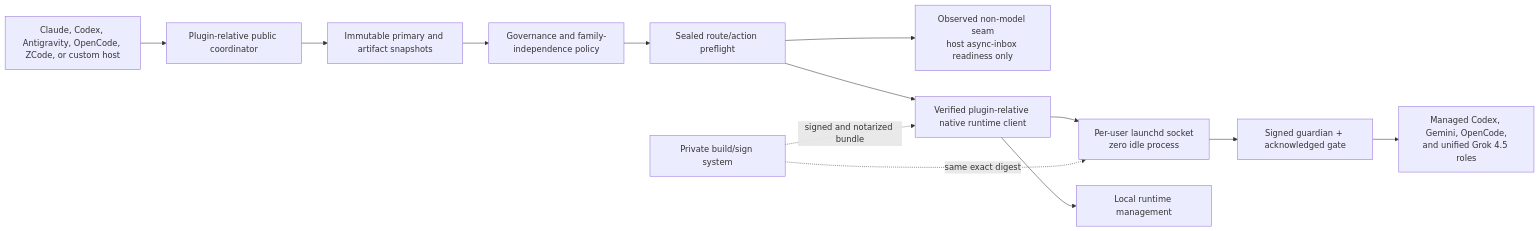
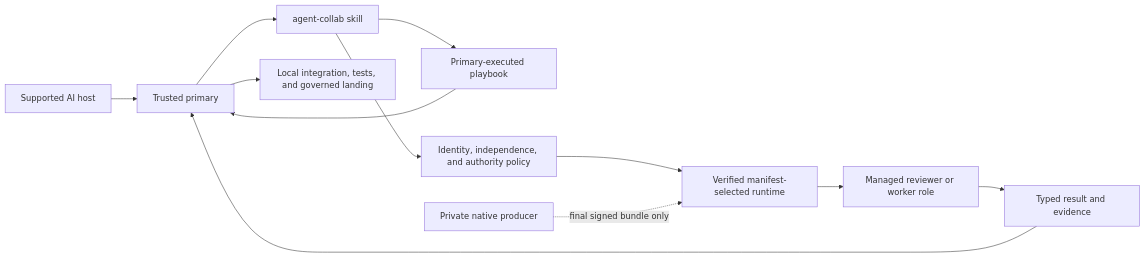
Before and after one commit to sumitake/agent-collab: the diagram in README.md, drawn with Mermaid. The commit also changed other lines of this file and 66 other files, not shown here.

Commit message:
docs: add public architecture handbook (#93)

````diff
--- a/README.md
+++ b/README.md
@@ -197,15 +97,14 @@
 ```mermaid
 flowchart LR
-    H["Claude, Codex, Antigravity, OpenCode, ZCode, or custom host"] --> C0["Plugin-relative public coordinator"]
-    C0 --> P["Immutable primary and artifact snapshots"]
-    P --> G["Governance and family-independence policy"]
-    G --> S["Sealed route/action preflight"]
-    S --> N["Observed non-model seam<br/>host async-inbox readiness only"]
-    S --> C["Verified plugin-relative native runtime client"]
-    C --> B["Per-user launchd socket<br/>zero idle process"]
-    B --> Q["Signed guardian + acknowledged gate"]
-    Q --> X1["Managed Codex, Gemini, OpenCode,<br/>and unified Grok 4.5 roles"]
-    C --> X2["Local runtime management"]
-    W["Private build/sign system"] -. "signed and notarized bundle" .-> C
-    W -. "same exact digest" .-> B
+    Host["Supported AI host"] --> Primary["Trusted primary"]
+    Primary --> Skill["agent-collab skill"]
+    Skill --> Local["Primary-executed playbook"]
+    Skill --> Policy["Identity, independence, and authority policy"]
+    Local --> Primary
+    Policy --> Runtime["Verified manifest-selected runtime"]
+    Runtime --> Role["Managed reviewer or worker role"]
+    Role --> Result["Typed result and evidence"]
+    Result --> Primary
+    Primary --> Verify["Local integration, tests, and governed landing"]
+    Producer["Private native producer"] -. "final signed bundle only" .-> Runtime
 ```
````
